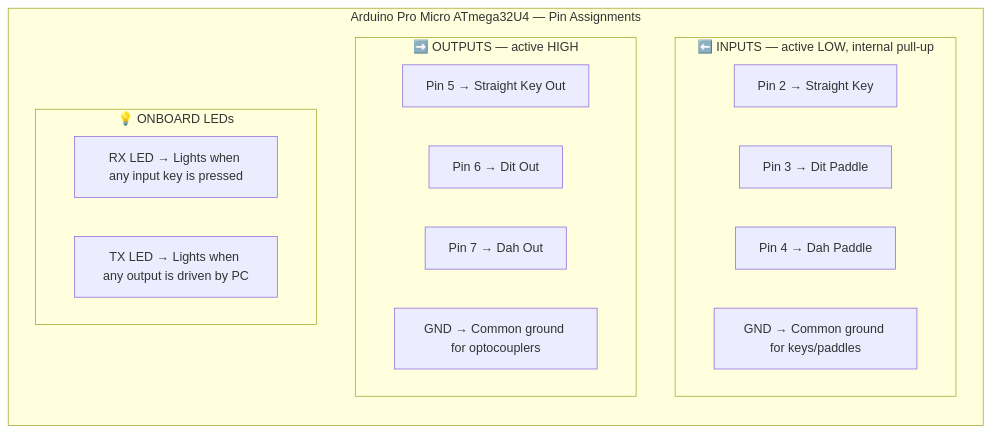
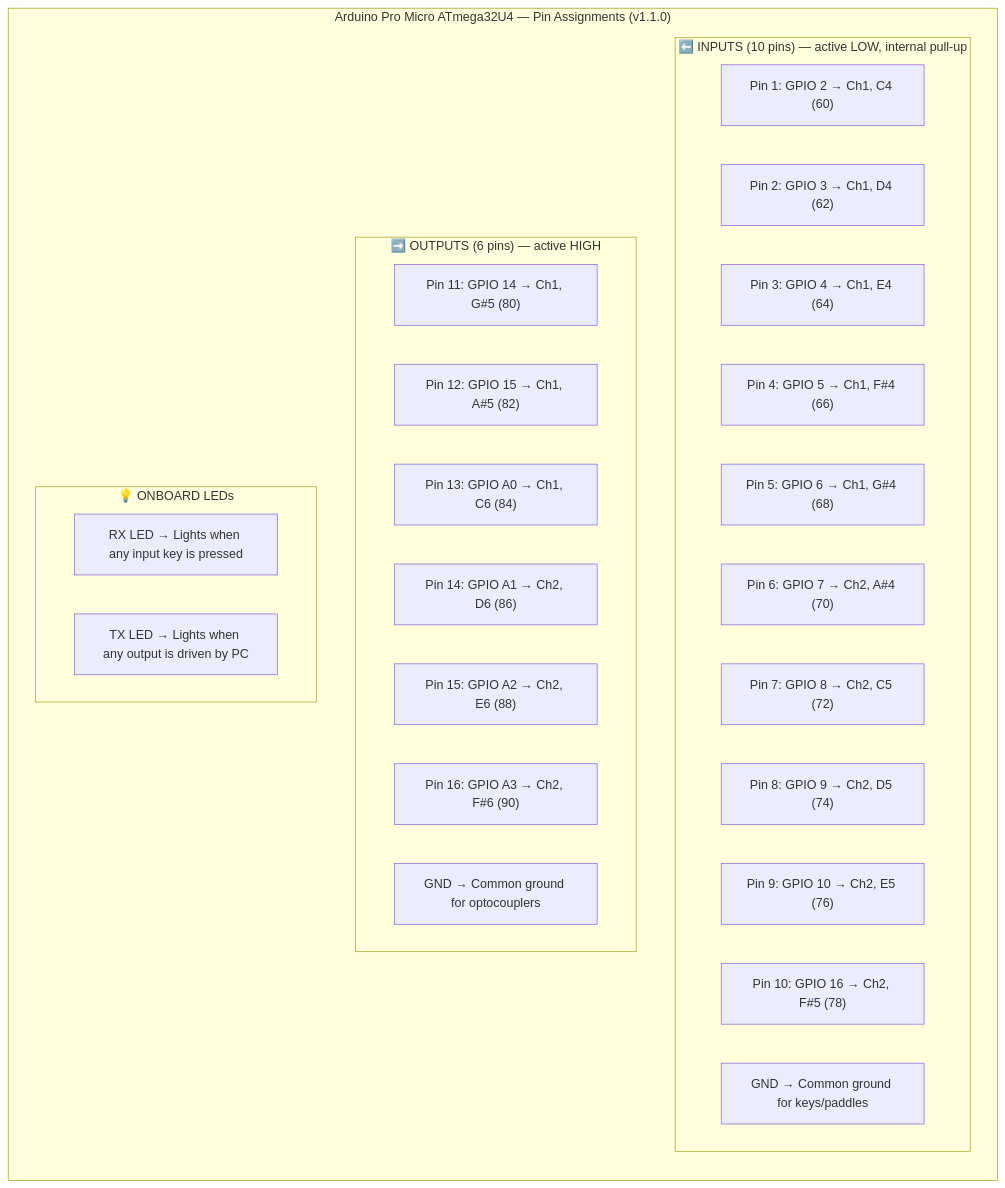
Before and after one commit to 5B4AON/mcs: the first of 5 diagrams in arduino/README.md, drawn with Mermaid. The commit also changed other lines of this file and 41 other files, not shown here.

````diff
--- a/arduino/README.md
+++ b/arduino/README.md
@@ -41,25 +63,35 @@
 ```mermaid
 flowchart TB
-    subgraph board["Arduino Pro Micro ATmega32U4 — Pin Assignments"]
+    subgraph board["Arduino Pro Micro ATmega32U4 — Pin Assignments (v1.1.0)"]
         direction TB
 
-        subgraph inputs["⬅️ INPUTS  —  active LOW, internal pull-up"]
-            P2["Pin 2 → Straight Key"]
-            P3["Pin 3 → Dit Paddle"]
-            P4["Pin 4 → Dah Paddle"]
+        subgraph inputs["⬅️ INPUTS (10 pins) — active LOW, internal pull-up"]
+            P1["Pin 1: GPIO 2 → Ch1, C4 (60)"]
+            P2["Pin 2: GPIO 3 → Ch1, D4 (62)"]
+            P3["Pin 3: GPIO 4 → Ch1, E4 (64)"]
+            P4["Pin 4: GPIO 5 → Ch1, F#4 (66)"]
+            P5["Pin 5: GPIO 6 → Ch1, G#4 (68)"]
+            P6["Pin 6: GPIO 7 → Ch2, A#4 (70)"]
+            P7["Pin 7: GPIO 8 → Ch2, C5 (72)"]
+            P8["Pin 8: GPIO 9 → Ch2, D5 (74)"]
+            P9["Pin 9: GPIO 10 → Ch2, E5 (76)"]
+            P10["Pin 10: GPIO 16 → Ch2, F#5 (78)"]
             GND_IN["GND → Common ground for keys/paddles"]
         end
 
-        subgraph outputs["➡️ OUTPUTS  —  active HIGH"]
-            P5["Pin 5 → Straight Key Out"]
-            P6["Pin 6 → Dit Out"]
-            P7["Pin 7 → Dah Out"]
+        subgraph outputs["➡️ OUTPUTS (6 pins) — active HIGH"]
+            P11["Pin 11: GPIO 14 → Ch1, G#5 (80)"]
+            P12["Pin 12: GPIO 15 → Ch1, A#5 (82)"]
+            P13["Pin 13: GPIO A0 → Ch1, C6 (84)"]
+            P14["Pin 14: GPIO A1 → Ch2, D6 (86)"]
+            P15["Pin 15: GPIO A2 → Ch2, E6 (88)"]
+            P16["Pin 16: GPIO A3 → Ch2, F#6 (90)"]
             GND_OUT["GND → Common ground for optocouplers"]
         end
 
         subgraph leds["💡 ONBOARD LEDs"]
             RX["RX LED → Lights when any input key is pressed"]
             TX["TX LED → Lights when any output is driven by PC"]
         end
     end
 ```
````
